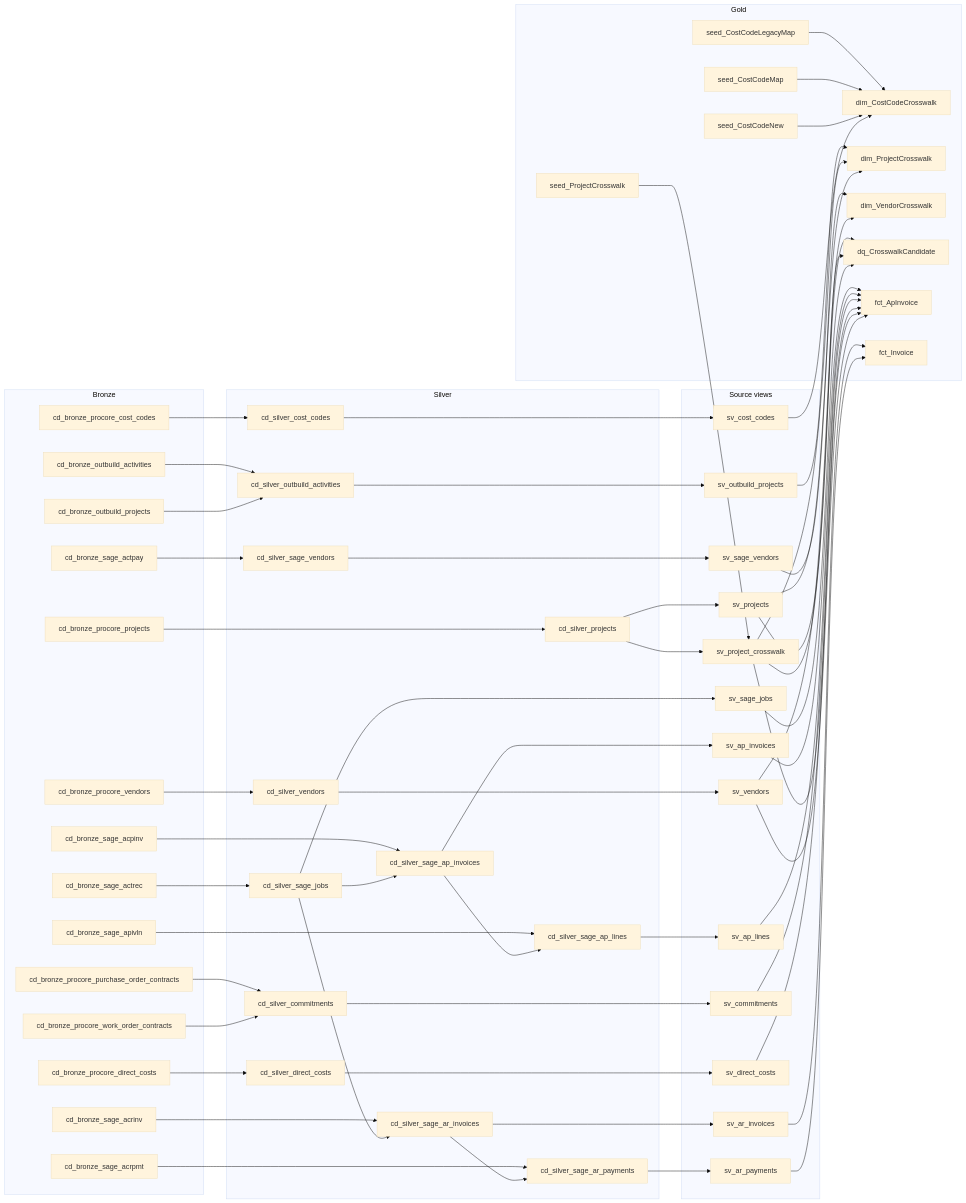
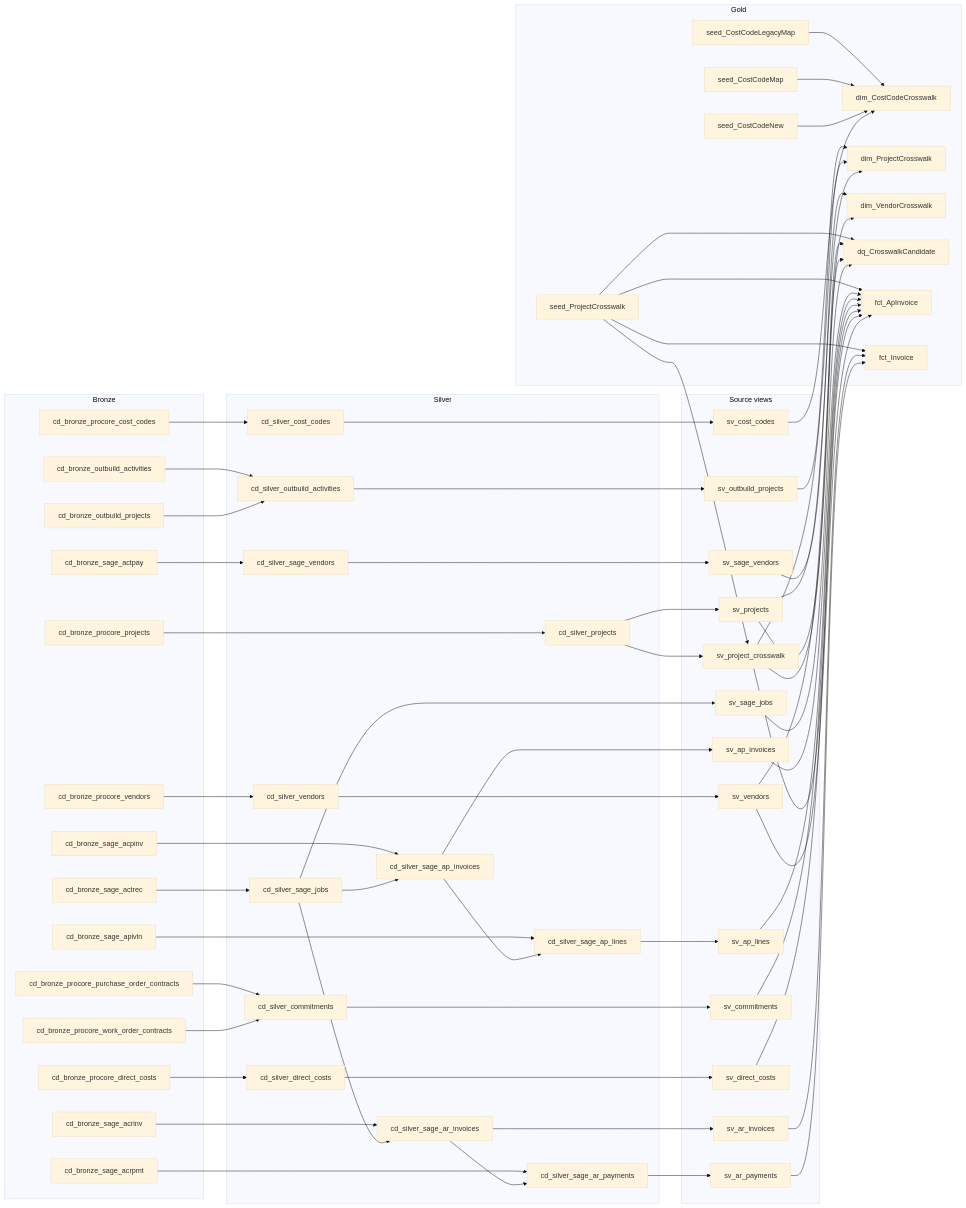
One commit to charley-forey/Affect-Build-Flows changed the second of 5 diagrams in foundation/charley-dev/_docs/data-dictionary.md. Above: the diagram before and after it, drawn with Mermaid (base theme). The commit also changed other lines of this file and 30 other files, not shown here.

```diff
--- a/foundation/charley-dev/_docs/data-dictionary.md
+++ b/foundation/charley-dev/_docs/data-dictionary.md
@@ -438,6 +438,9 @@
   seed_CostCodeLegacyMap --> dim_CostCodeCrosswalk
   seed_CostCodeMap --> dim_CostCodeCrosswalk
   seed_CostCodeNew --> dim_CostCodeCrosswalk
+  seed_ProjectCrosswalk --> dq_CrosswalkCandidate
+  seed_ProjectCrosswalk --> fct_ApInvoice
+  seed_ProjectCrosswalk --> fct_Invoice
   seed_ProjectCrosswalk --> sv_project_crosswalk
   sv_ap_invoices --> fct_ApInvoice
   sv_ap_lines --> fct_ApInvoice
```
